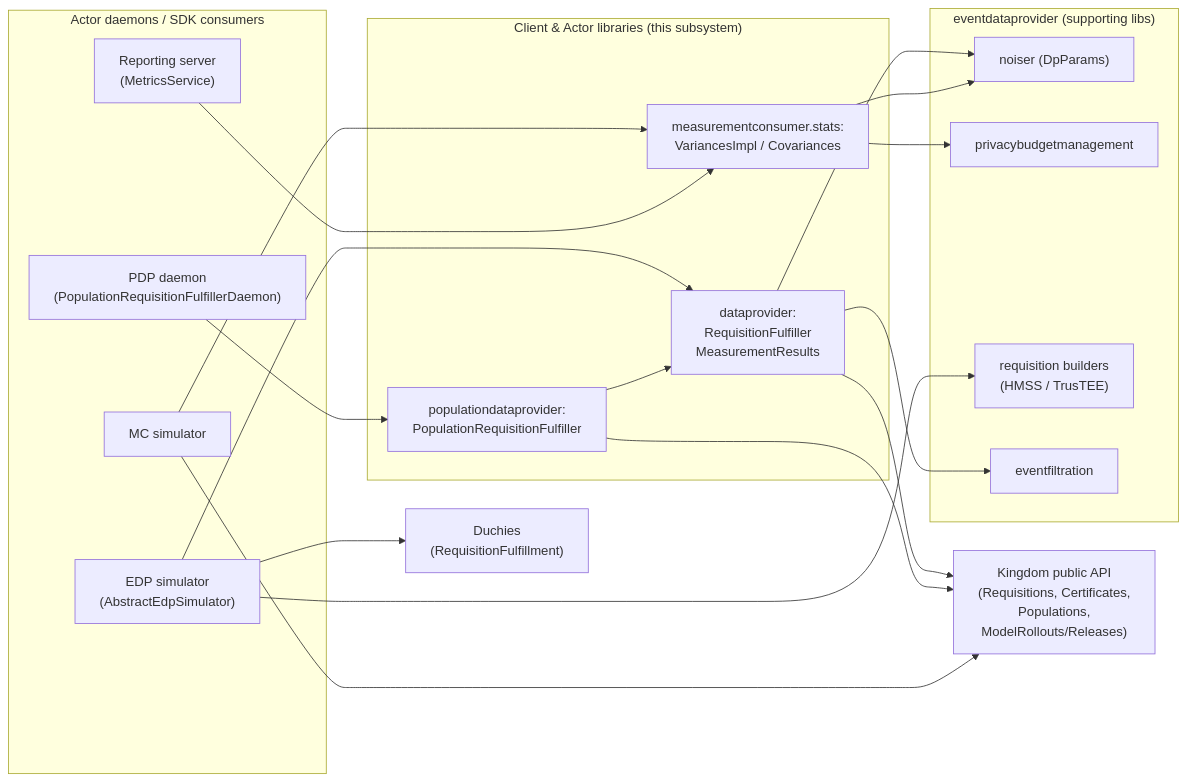
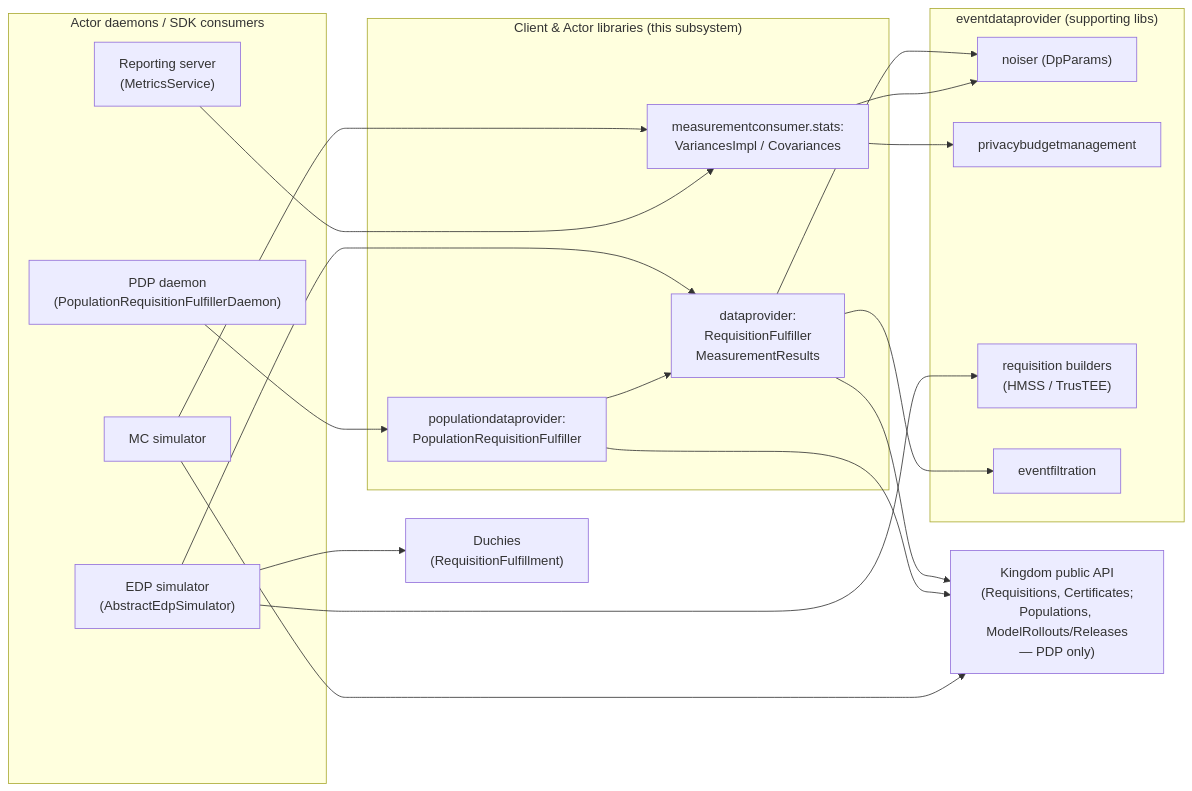
The first of 2 diagrams in docs/architecture/components/client-libraries.md (world-federation-of-advertisers/cross-media-measurement), drawn with Mermaid before and after one commit. The commit also changed 16 other files, not shown here.

````diff
--- a/docs/architecture/components/client-libraries.md
+++ b/docs/architecture/components/client-libraries.md
@@ -41,40 +41,40 @@
 ```mermaid
 flowchart LR
   subgraph Actors["Actor daemons / SDK consumers"]
     EDP["EDP simulator\n(AbstractEdpSimulator)"]
     PDPd["PDP daemon\n(PopulationRequisitionFulfillerDaemon)"]
     MCsim["MC simulator"]
     RPT["Reporting server\n(MetricsService)"]
   end
 
   subgraph Libs["Client & Actor libraries (this subsystem)"]
     RF["dataprovider:\nRequisitionFulfiller\nMeasurementResults"]
     PRF["populationdataprovider:\nPopulationRequisitionFulfiller"]
     STATS["measurementconsumer.stats:\nVariancesImpl / Covariances"]
   end
 
   subgraph EDPsupport["eventdataprovider (supporting libs)"]
     NOISE["noiser (DpParams)"]
     PBM["privacybudgetmanagement"]
     REQB["requisition builders\n(HMSS / TrusTEE)"]
     FILT["eventfiltration"]
   end
 
-  KING["Kingdom public API\n(Requisitions, Certificates,\nPopulations,\nModelRollouts/Releases)"]
+  KING["Kingdom public API\n(Requisitions, Certificates;\nPopulations, ModelRollouts/Releases\n— PDP only)"]
   DUCHY["Duchies\n(RequisitionFulfillment)"]
 
   EDP --> RF
   EDP --> REQB
   PDPd --> PRF
   PRF --> RF
   MCsim --> STATS
   RPT --> STATS
   RF --> KING
   PRF --> KING
   EDP --> DUCHY
   RF --> NOISE
   STATS --> NOISE
   STATS --> PBM
   RF --> FILT
   MCsim --> KING
 ```
````
